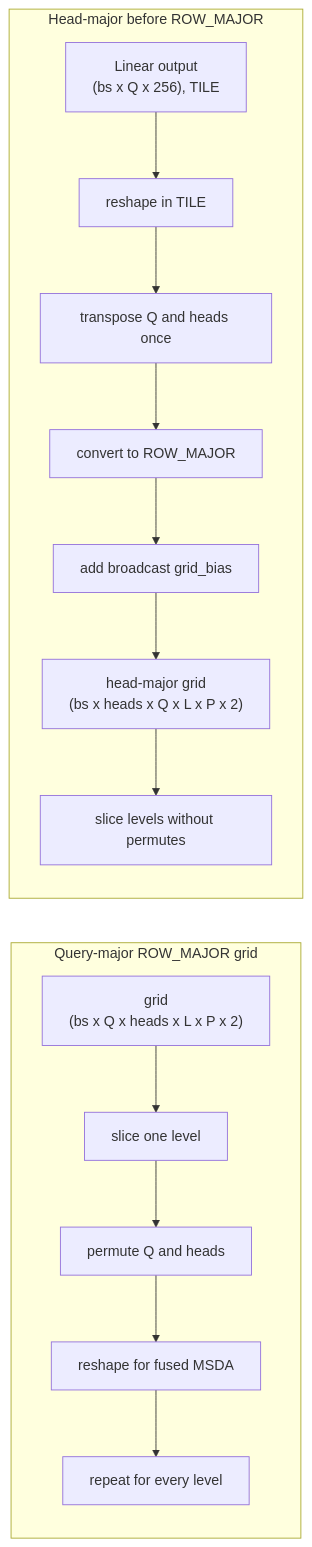
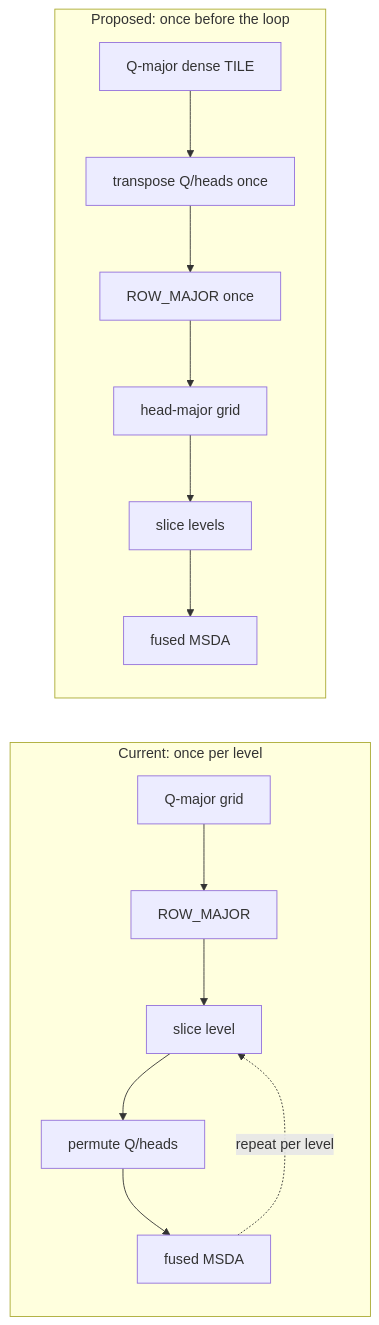
Before and after one commit to tenstorrent/tt-metal: the diagram in models/experimental/bevformer/docs/github/03.04-head-major-sampling-grid.md, drawn with Mermaid. The commit also changed other lines of this file and 2 other files, not shown here.

````diff
--- a/models/experimental/bevformer/docs/github/03.04-head-major-sampling-grid.md
+++ b/models/experimental/bevformer/docs/github/03.04-head-major-sampling-grid.md
@@ -32,18 +42,12 @@
 ```mermaid
 flowchart LR
-    subgraph current["Query-major ROW_MAJOR grid"]
-        C1["grid<br/>(bs x Q x heads x L x P x 2)"] --> C2["slice one level"]
-        C2 --> C3["permute Q and heads"]
-        C3 --> C4["reshape for fused MSDA"]
-        C4 --> C5["repeat for every level"]
+    subgraph current["Current: once per level"]
+        C1["Q-major grid"] --> C2["ROW_MAJOR"] --> C3["slice level"] --> C4["permute Q/heads"] --> C5["fused MSDA"]
+        C5 -.->|"repeat per level"| C3
     end
 
-    subgraph proposed["Head-major before ROW_MAJOR"]
-        P1["Linear output<br/>(bs x Q x 256), TILE"] --> P2["reshape in TILE"]
-        P2 --> P3["transpose Q and heads once"]
-        P3 --> P4["convert to ROW_MAJOR"]
-        P4 --> P5["add broadcast grid_bias"]
-        P5 --> P6["head-major grid<br/>(bs x heads x Q x L x P x 2)"]
-        P6 --> P7["slice levels without permutes"]
+    subgraph proposed["Proposed: once before the loop"]
+        P1["Q-major dense TILE"] --> P2["transpose Q/heads once"] --> P3["ROW_MAJOR once"]
+        P3 --> P4["head-major grid"] --> P5["slice levels"] --> P6["fused MSDA"]
     end
 ```
````
